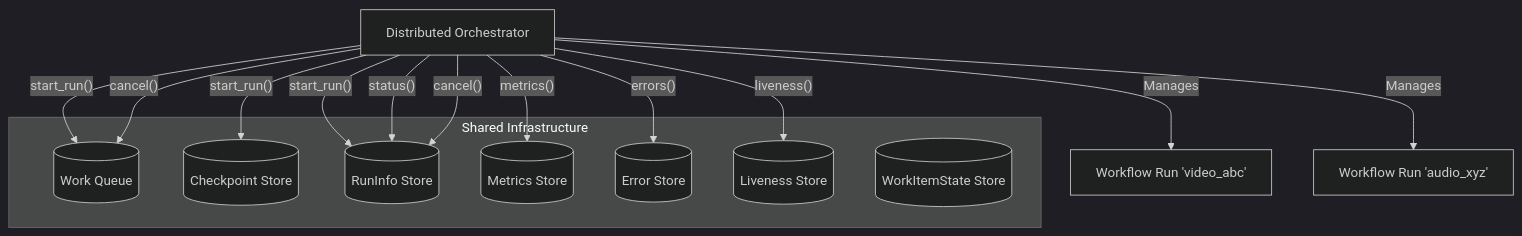
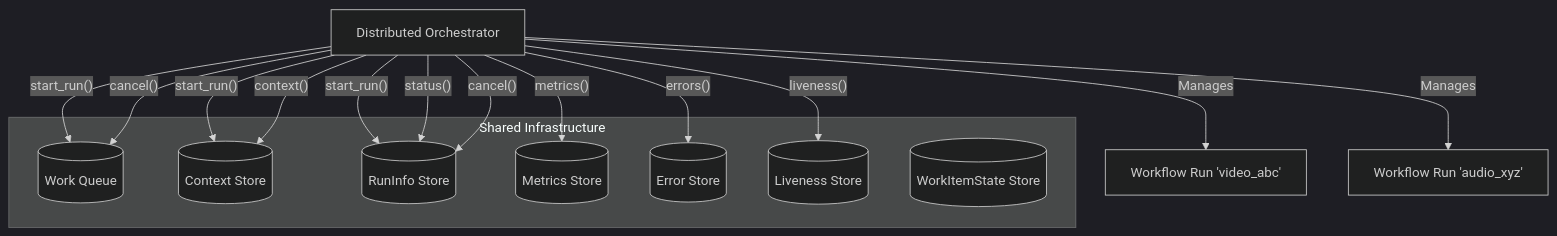
Before and after one commit to aitoroses/floxide: the first of 2 diagrams in docs/floxide-tutorial/08__distributedorchestrator__.md, drawn with Mermaid (dark theme). The commit also changed other lines of this file and 5 other files, not shown here.

````diff
--- a/docs/floxide-tutorial/08__distributedorchestrator__.md
+++ b/docs/floxide-tutorial/08__distributedorchestrator__.md
@@ -35,22 +36,23 @@
 ```mermaid
 graph TD
     Orchestrator[Distributed Orchestrator] -- Manages --> Run1[Workflow Run 'video_abc']
     Orchestrator -- Manages --> Run2[Workflow Run 'audio_xyz']
 
     subgraph Shared Infrastructure
         WQ[(Work Queue)]
-        CS[(Checkpoint Store)]
+        CtxS[(Context Store)]
         RIS[(RunInfo Store)]
         MS[(Metrics Store)]
         ES[(Error Store)]
         LS[(Liveness Store)]
         WIS[(WorkItemState Store)]
     end
 
-    Orchestrator -- "start_run()" --> WQ & CS & RIS
+    Orchestrator -- "start_run()" --> WQ & CtxS & RIS
     Orchestrator -- "status()" --> RIS
     Orchestrator -- "cancel()" --> RIS & WQ
     Orchestrator -- "errors()" --> ES
     Orchestrator -- "liveness()" --> LS
     Orchestrator -- "metrics()" --> MS
+    Orchestrator -- "context()" --> CtxS
 ```
````
